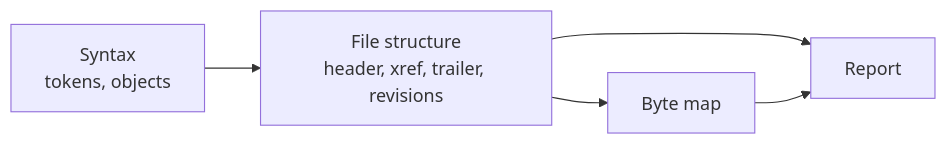
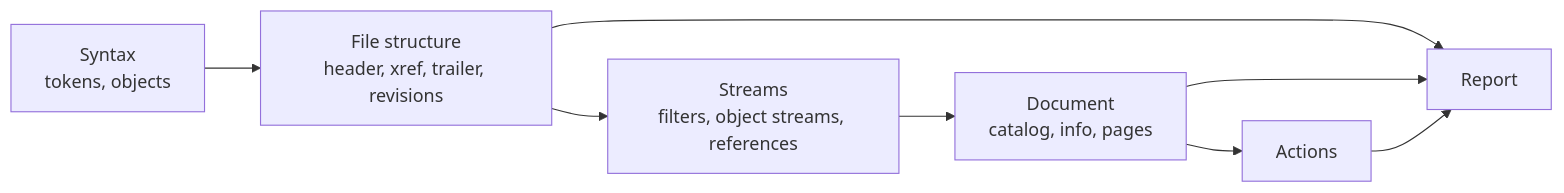
The diagram in docs/reference/pdf/README.md (photom/benchside), drawn with Mermaid before and after one commit. The commit also changed other lines of this file and 37 other files, not shown here.

Commit message:
Show the PDF document, pages, and actions (#10)

````diff
--- a/docs/reference/pdf/README.md
+++ b/docs/reference/pdf/README.md
@@ -14,6 +14,8 @@
 ```mermaid
 flowchart LR
   syntax["Syntax<br/>tokens, objects"] --> structure["File structure<br/>header, xref, trailer, revisions"]
-  structure --> map[Byte map]
-  structure & map --> report[Report]
+  structure --> streams["Streams<br/>filters, object streams, references"]
+  streams --> document["Document<br/>catalog, info, pages"]
+  document --> actions[Actions]
+  structure & document & actions --> report[Report]
 ```
````
